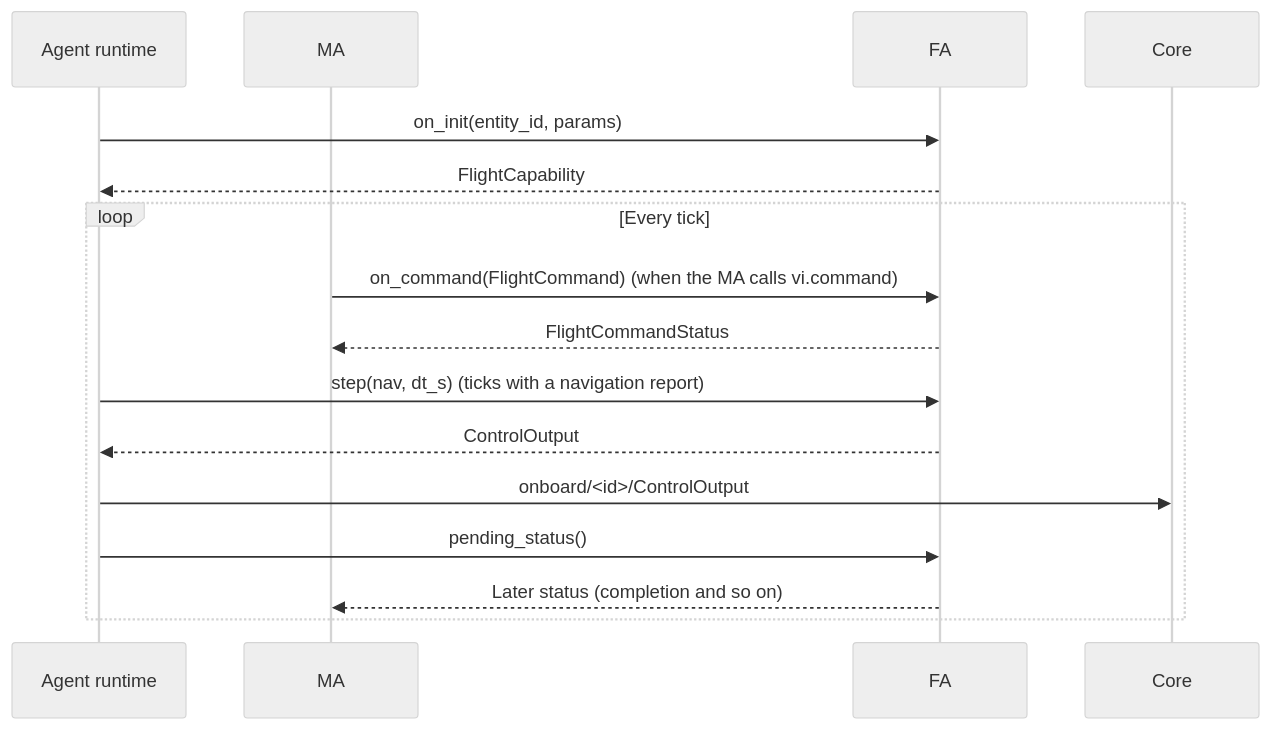
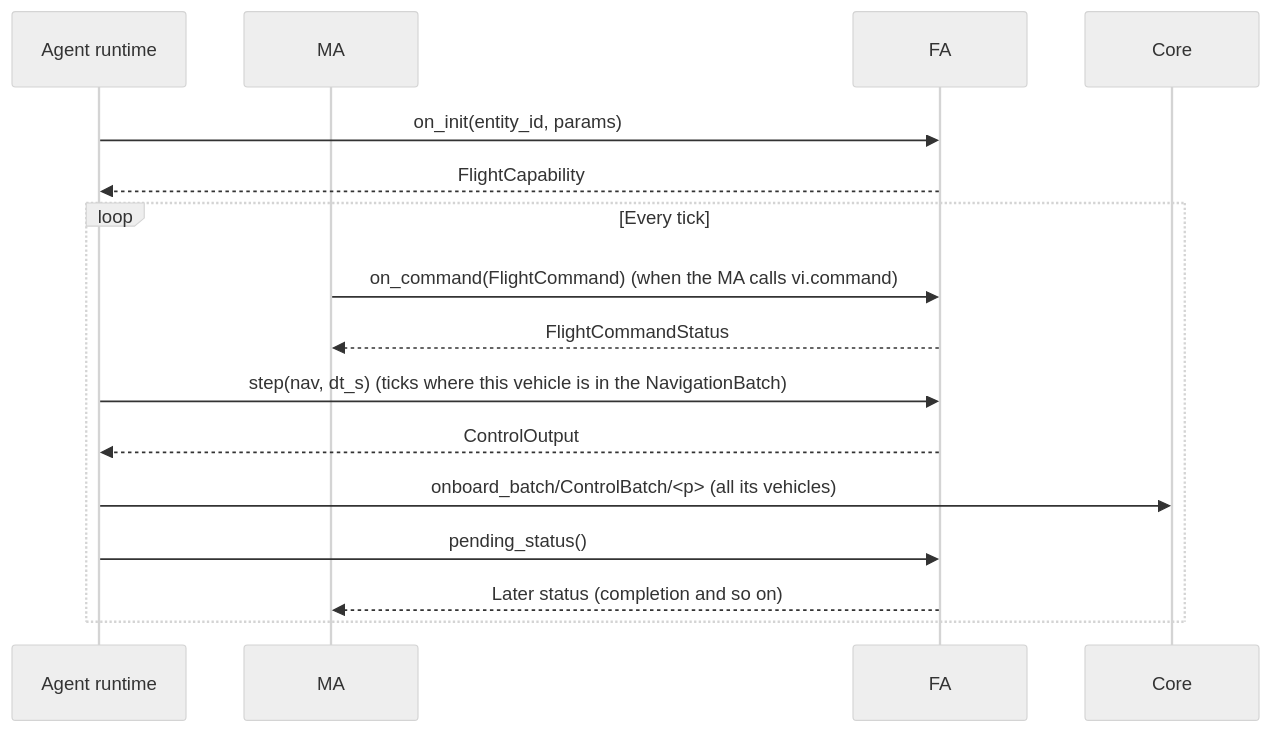
The diagram in docs/en/41_dev/05_fa_plugin.md (Kimbyung-wook/SwarmFlSim), drawn with Mermaid (neutral theme) before and after one commit. The commit also changed other lines of this file and 34 other files, not shown here.

````diff
--- a/docs/en/41_dev/05_fa_plugin.md
+++ b/docs/en/41_dev/05_fa_plugin.md
@@ -11,18 +11,18 @@
 ```mermaid
 sequenceDiagram
     participant R as Agent runtime
     participant M as MA
     participant F as FA
     participant C as Core
     R->>F: on_init(entity_id, params)
     F-->>R: FlightCapability
     loop Every tick
         M->>F: on_command(FlightCommand) (when the MA calls vi.command)
         F-->>M: FlightCommandStatus
-        R->>F: step(nav, dt_s) (ticks with a navigation report)
+        R->>F: step(nav, dt_s) (ticks where this vehicle is in the NavigationBatch)
         F-->>R: ControlOutput
-        R->>C: onboard/<id>/ControlOutput
+        R->>C: onboard_batch/ControlBatch/<p> (all its vehicles)
         R->>F: pending_status()
         F-->>M: Later status (completion and so on)
     end
 ```
````
